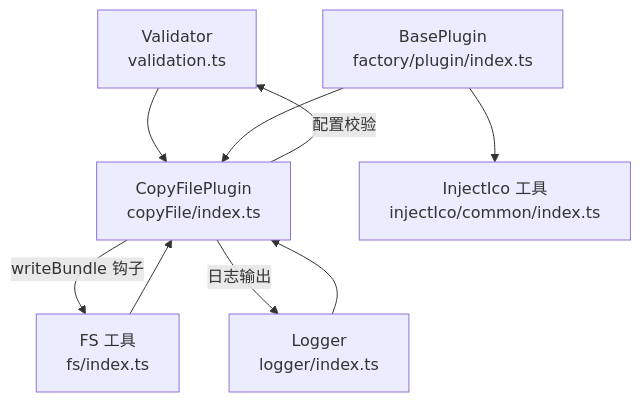
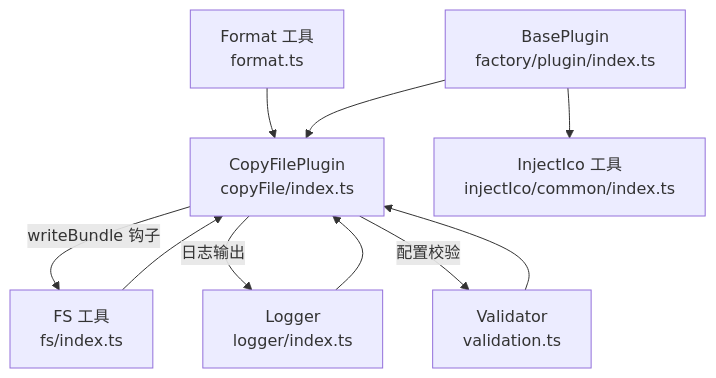
The second of 6 diagrams in .qoder/repowiki/zh/content/工具模块/工具模块.md (MengXi-Studio/vite-plugin), drawn with Mermaid before and after one commit. The commit also changed other lines of this file and 3 other files, not shown here.

````diff
--- a/.qoder/repowiki/zh/content/工具模块/工具模块.md
+++ b/.qoder/repowiki/zh/content/工具模块/工具模块.md
@@ -119,11 +127,12 @@
 ```mermaid
 graph TB
-VAL["Validator<br/>validation.ts"] --> CP["CopyFilePlugin<br/>copyFile/index.ts"]
+FORMAT["Format 工具<br/>format.ts"] --> CP["CopyFilePlugin<br/>copyFile/index.ts"]
+VAL["Validator<br/>validation.ts"] --> CP
 FS["FS 工具<br/>fs/index.ts"] --> CP
 LOG["Logger<br/>logger/index.ts"] --> CP
 BASE["BasePlugin<br/>factory/plugin/index.ts"] --> CP
 BASE --> ICO["InjectIco 工具<br/>injectIco/common/index.ts"]
 CP --> |"writeBundle 钩子"| FS
 CP --> |"日志输出"| LOG
 CP --> |"配置校验"| VAL
 ```
````
